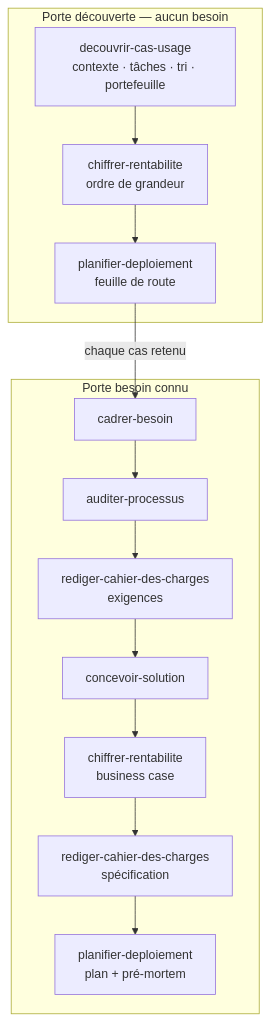
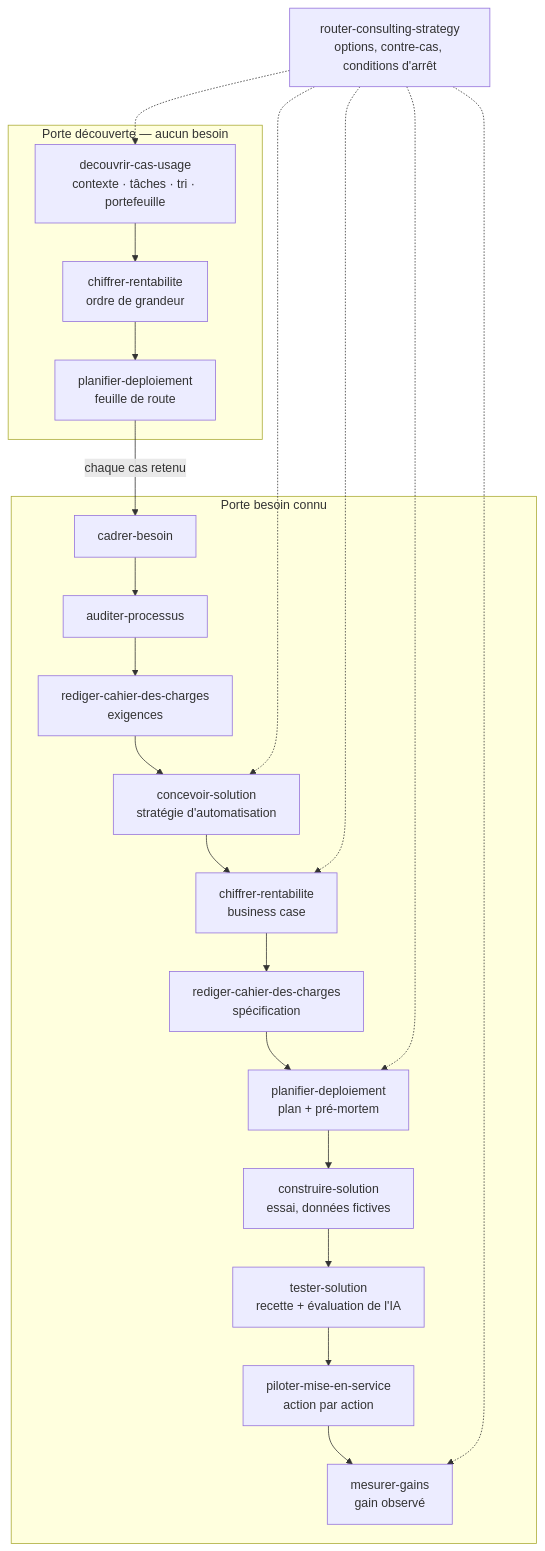
The diagram in README.md (Gremelinn0/productivity-consultant-ia), drawn with Mermaid before and after one commit. The commit also changed other lines of this file and 162 other files, not shown here.

````diff
--- a/README.md
+++ b/README.md
@@ -34,16 +39,25 @@
 ```mermaid
 flowchart TB
   subgraph P2["Porte découverte — aucun besoin"]
     D["decouvrir-cas-usage<br/>contexte · tâches · tri · portefeuille"] --> C2["chiffrer-rentabilite<br/>ordre de grandeur"]
     C2 --> F["planifier-deploiement<br/>feuille de route"]
   end
   subgraph P1["Porte besoin connu"]
     B["cadrer-besoin"] --> A["auditer-processus"]
     A --> X["rediger-cahier-des-charges<br/>exigences"]
-    X --> S["concevoir-solution"]
+    X --> S["concevoir-solution<br/>stratégie d'automatisation"]
     S --> R["chiffrer-rentabilite<br/>business case"]
     R --> P["rediger-cahier-des-charges<br/>spécification"]
     P --> PL["planifier-deploiement<br/>plan + pré-mortem"]
+    PL --> K["construire-solution<br/>essai, données fictives"]
+    K --> T["tester-solution<br/>recette + évaluation de l'IA"]
+    T --> M["piloter-mise-en-service<br/>action par action"]
+    M --> G["mesurer-gains<br/>gain observé"]
   end
   F -- "chaque cas retenu" --> B
+  CS["router-consulting-strategy<br/>options, contre-cas, conditions d'arrêt"] -.-> D
+  CS -.-> S
+  CS -.-> R
+  CS -.-> PL
+  CS -.-> G
 ```
````
